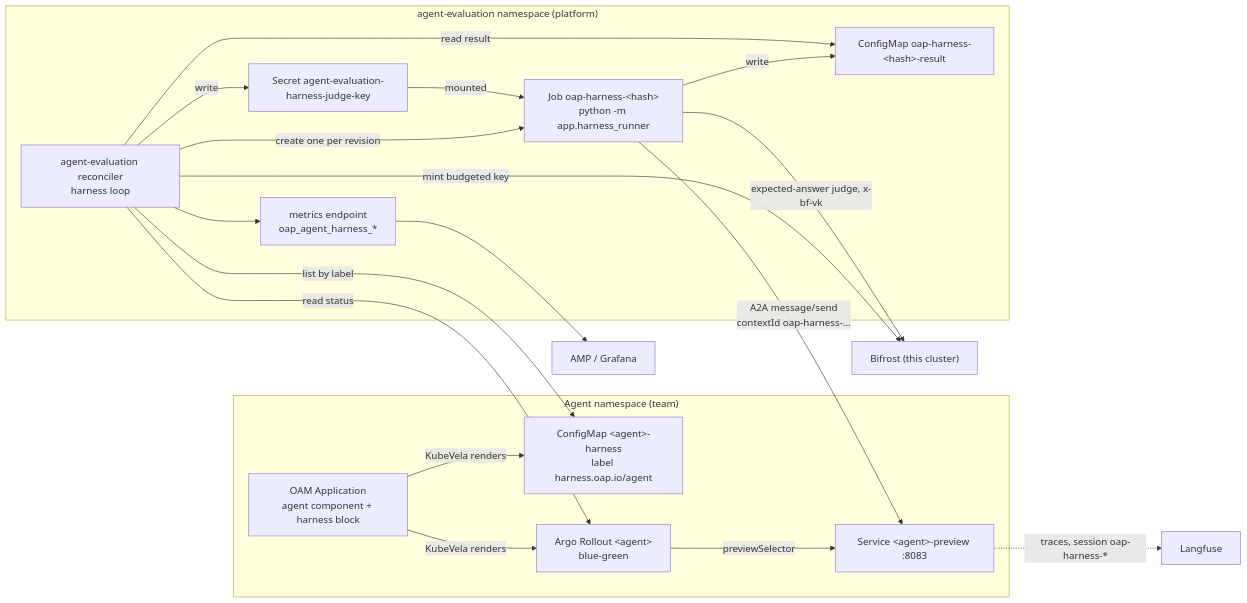
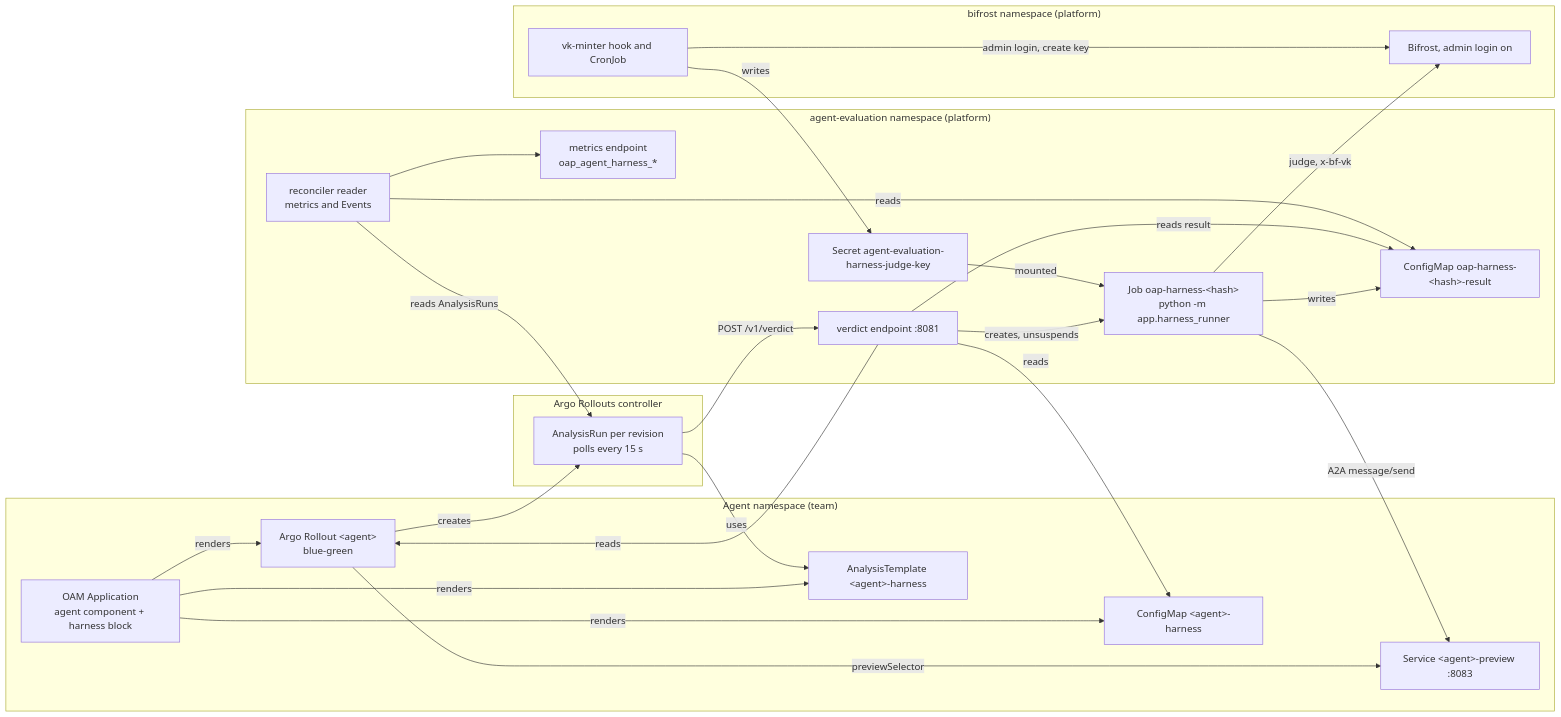
The diagram in applications/agent-evaluation/agent-harness.md (awslabs/open-agentic-platform), drawn with Mermaid before and after one commit. The commit also changed other lines of this file and 8 other files, not shown here.

````diff
--- a/applications/agent-evaluation/agent-harness.md
+++ b/applications/agent-evaluation/agent-harness.md
@@ -51,35 +61,45 @@
 ```mermaid
 flowchart LR
   subgraph agentns["Agent namespace (team)"]
     app["OAM Application<br/>agent component + harness block"]
-    decl["ConfigMap &lt;agent&gt;-harness<br/>label harness.oap.io/agent"]
+    decl["ConfigMap &lt;agent&gt;-harness"]
+    tpl["AnalysisTemplate &lt;agent&gt;-harness"]
     ro["Argo Rollout &lt;agent&gt;<br/>blue-green"]
     prev["Service &lt;agent&gt;-preview :8083"]
-    app -->|KubeVela renders| decl
-    app -->|KubeVela renders| ro
+    app -->|renders| decl
+    app -->|renders| tpl
+    app -->|renders| ro
     ro -->|previewSelector| prev
   end
+  subgraph rollouts["Argo Rollouts controller"]
+    ar["AnalysisRun per revision<br/>polls every 15 s"]
+  end
   subgraph platns["agent-evaluation namespace (platform)"]
-    rec["agent-evaluation reconciler<br/>harness loop"]
+    api["verdict endpoint :8081"]
+    rec["reconciler reader<br/>metrics and Events"]
     sec["Secret agent-evaluation-harness-judge-key"]
     job["Job oap-harness-&lt;hash&gt;<br/>python -m app.harness_runner"]
     res["ConfigMap oap-harness-&lt;hash&gt;-result"]
     met["metrics endpoint<br/>oap_agent_harness_*"]
   end
-  bif["Bifrost (this cluster)"]
-  lf["Langfuse"]
-  amp["AMP / Grafana"]
-  rec -->|list by label| decl
-  rec -->|read status| ro
-  rec -->|mint budgeted key| bif
-  rec -->|write| sec
-  rec -->|create one per revision| job
+  subgraph bifns["bifrost namespace (platform)"]
+    minter["vk-minter hook and CronJob"]
+    bif["Bifrost, admin login on"]
+  end
+  ro -->|creates| ar
+  ar -->|uses| tpl
+  ar -->|POST /v1/verdict| api
+  api -->|reads| ro
+  api -->|reads| decl
+  api -->|creates, unsuspends| job
+  minter -->|admin login, create key| bif
+  minter -->|writes| sec
   sec -->|mounted| job
-  job -->|A2A message/send<br/>contextId oap-harness-...| prev
-  job -->|expected-answer judge, x-bf-vk| bif
-  job -->|write| res
-  rec -->|read result| res
+  job -->|A2A message/send| prev
+  job -->|judge, x-bf-vk| bif
+  job -->|writes| res
+  api -->|reads result| res
+  rec -->|reads AnalysisRuns| ar
+  rec -->|reads| res
   rec --> met
-  met --> amp
-  prev -.->|traces, session oap-harness-*| lf
 ```
````
